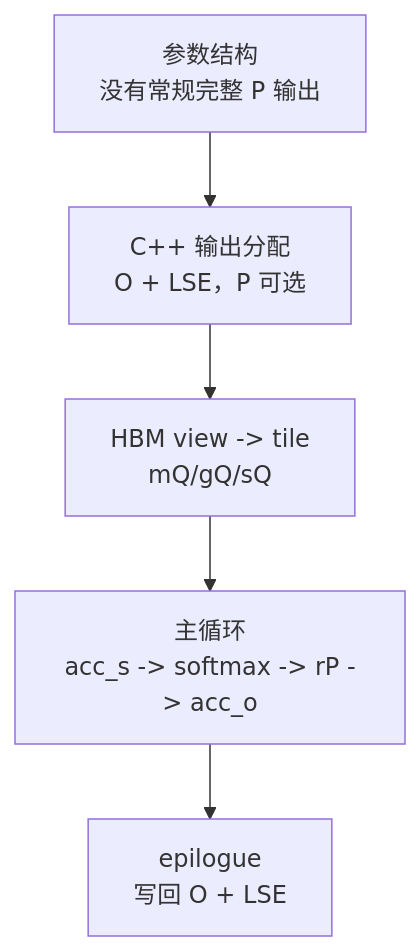
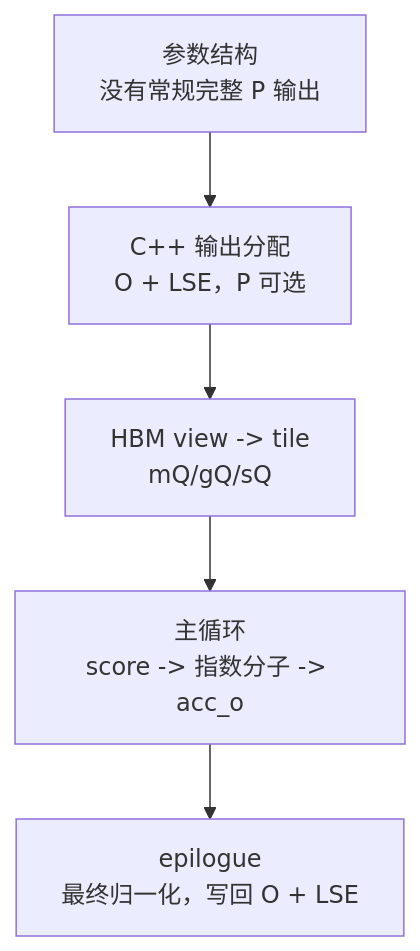
Before and after one commit to OnlyHero5/sglang-reading-vault: the diagram in flash-attn_reading/原理基础/Attention-IO/FlashAttention-Attention-IO-源码走读.md, drawn with Mermaid. The commit also changed other lines of this file and 512 other files, not shown here.

````diff
--- a/flash-attn_reading/原理基础/Attention-IO/FlashAttention-Attention-IO-源码走读.md
+++ b/flash-attn_reading/原理基础/Attention-IO/FlashAttention-Attention-IO-源码走读.md
@@ -20,9 +20,9 @@
 ```mermaid
 flowchart TB
     PARAM["参数结构<br/>没有常规完整 P 输出"]
     ALLOC["C++ 输出分配<br/>O + LSE，P 可选"]
     TILE["HBM view -> tile<br/>mQ/gQ/sQ"]
-    LOOP["主循环<br/>acc_s -> softmax -> rP -> acc_o"]
-    STORE["epilogue<br/>写回 O + LSE"]
+    LOOP["主循环<br/>score -> 指数分子 -> acc_o"]
+    STORE["epilogue<br/>最终归一化，写回 O + LSE"]
     PARAM --> ALLOC --> TILE --> LOOP --> STORE
 ```
````
